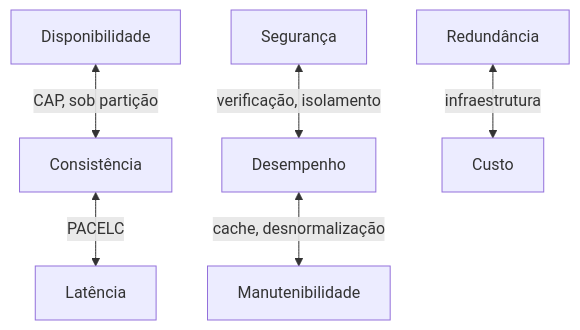
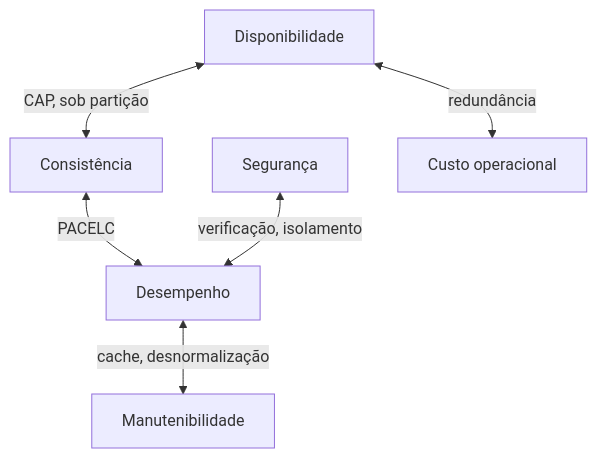
The diagram in docs/01-fundamentals/quality-attributes.md (oadcavalcante/software-architecture-mastery), drawn with Mermaid before and after one commit. The commit also changed other lines of this file and 21 other files, not shown here.

````diff
--- a/docs/01-fundamentals/quality-attributes.md
+++ b/docs/01-fundamentals/quality-attributes.md
@@ -69,8 +69,8 @@
 ```mermaid
 graph TB
-  C[Consistência] <-->|PACELC| L[Latência]
+  C[Consistência] <-->|PACELC| P[Desempenho]
   D[Disponibilidade] <-->|CAP, sob partição| C
-  P[Desempenho] <-->|cache, desnormalização| M[Manutenibilidade]
+  P <-->|cache, desnormalização| M[Manutenibilidade]
   S[Segurança] <-->|verificação, isolamento| P
-  R[Redundância] <-->|infraestrutura| K[Custo]
+  D <-->|redundância| K[Custo operacional]
 ```
````
